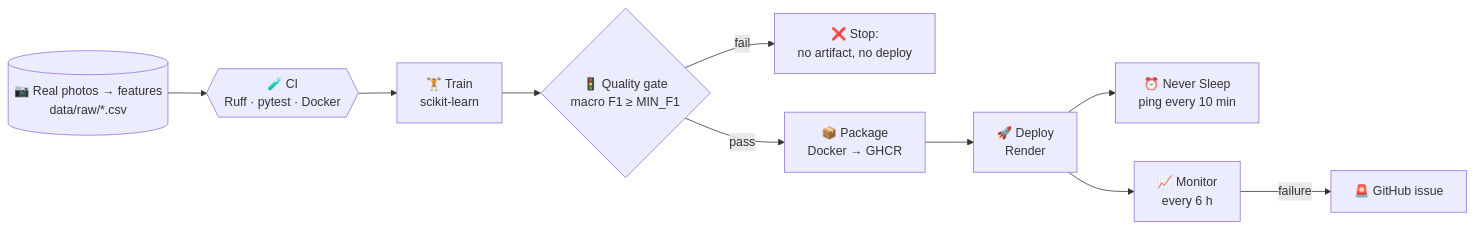
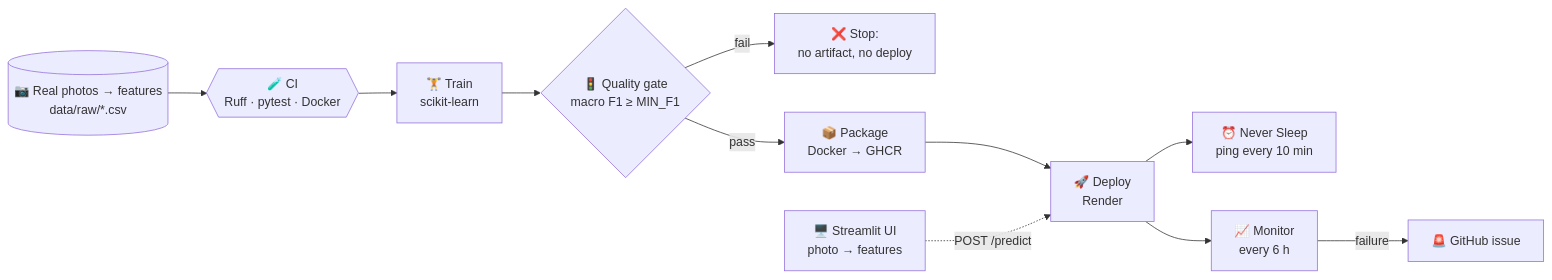
The diagram in README.md (ALEMDJOU/ProjetGitHubDevDay), drawn with Mermaid before and after one commit. The commit also changed other lines of this file and 1 other file, not shown here.

````diff
--- a/README.md
+++ b/README.md
@@ -43,12 +43,13 @@
 ```mermaid
 flowchart LR
     D[(📷 Real photos → features<br/>data/raw/*.csv)] --> CI{{🧪 CI<br/>Ruff · pytest · Docker}}
     CI --> T[🏋️ Train<br/>scikit-learn]
     T --> G{🚦 Quality gate<br/>macro F1 ≥ MIN_F1}
     G -- fail --> X[❌ Stop:<br/>no artifact, no deploy]
     G -- pass --> P[📦 Package<br/>Docker → GHCR]
     P --> DEP[🚀 Deploy<br/>Render]
     DEP --> NS[⏰ Never Sleep<br/>ping every 10 min]
     DEP --> M[📈 Monitor<br/>every 6 h]
+    UI[🖥️ Streamlit UI<br/>photo → features] -. POST /predict .-> DEP
     M -- failure --> I[🚨 GitHub issue]
 ```
````
